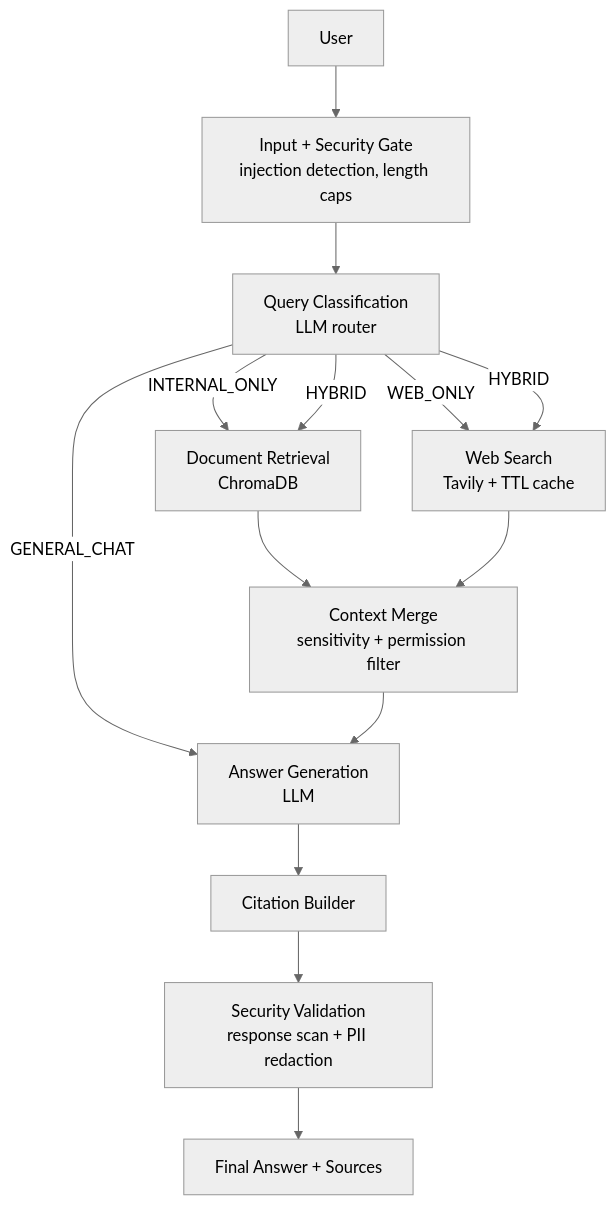
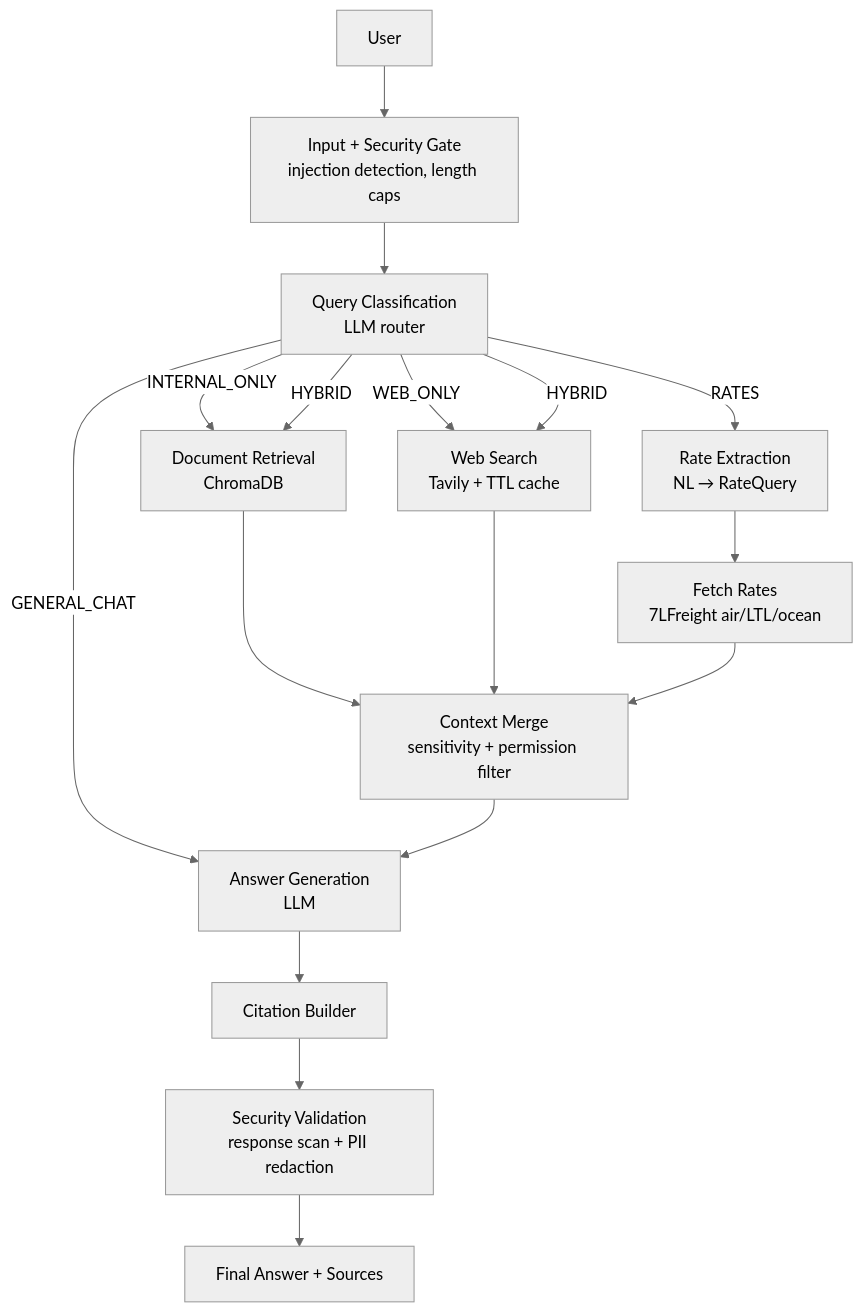
The diagram in docs/architecture.md (KrishnaKV2004/LangChain-RAG-Chatbot), drawn with Mermaid (neutral theme) before and after one commit. The commit also changed other lines of this file and 29 other files, not shown here.

````diff
--- a/docs/architecture.md
+++ b/docs/architecture.md
@@ -10,16 +10,19 @@
 ```mermaid
 flowchart TD
     U[User] --> IN[Input + Security Gate<br/>injection detection, length caps]
     IN --> QC[Query Classification<br/>LLM router]
     QC -->|INTERNAL_ONLY| DR[Document Retrieval<br/>ChromaDB]
     QC -->|WEB_ONLY| WS[Web Search<br/>Tavily + TTL cache]
     QC -->|HYBRID| DR
     QC -->|HYBRID| WS
     QC -->|GENERAL_CHAT| AG
+    QC -->|RATES| RX[Rate Extraction<br/>NL → RateQuery]
+    RX --> RF[Fetch Rates<br/>7LFreight air/LTL/ocean]
     DR --> CM[Context Merge<br/>sensitivity + permission filter]
     WS --> CM
+    RF --> CM
     CM --> AG[Answer Generation<br/>LLM]
     AG --> CB[Citation Builder]
     CB --> SV[Security Validation<br/>response scan + PII redaction]
     SV --> OUT[Final Answer + Sources]
 ```
````
